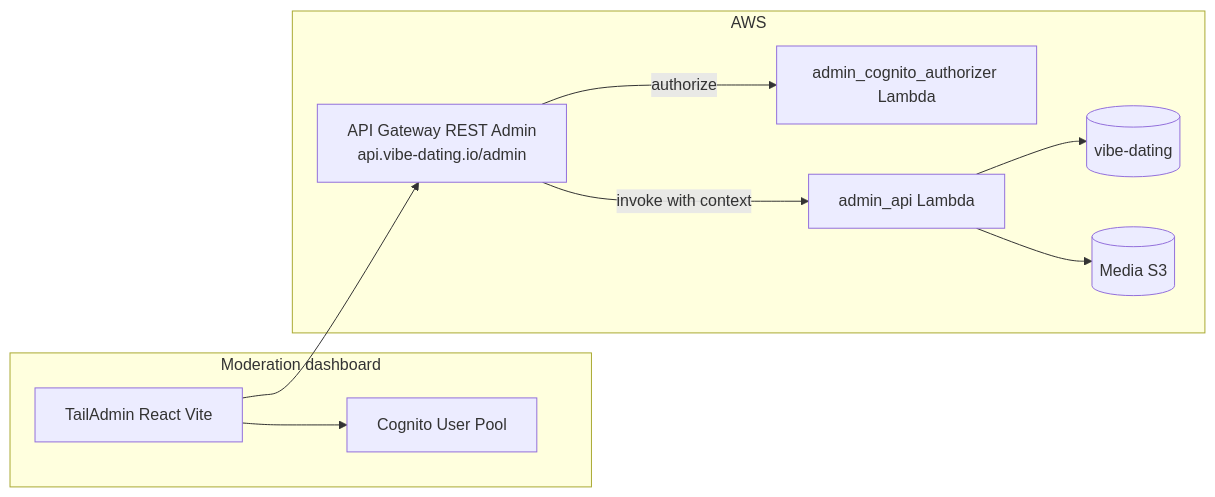
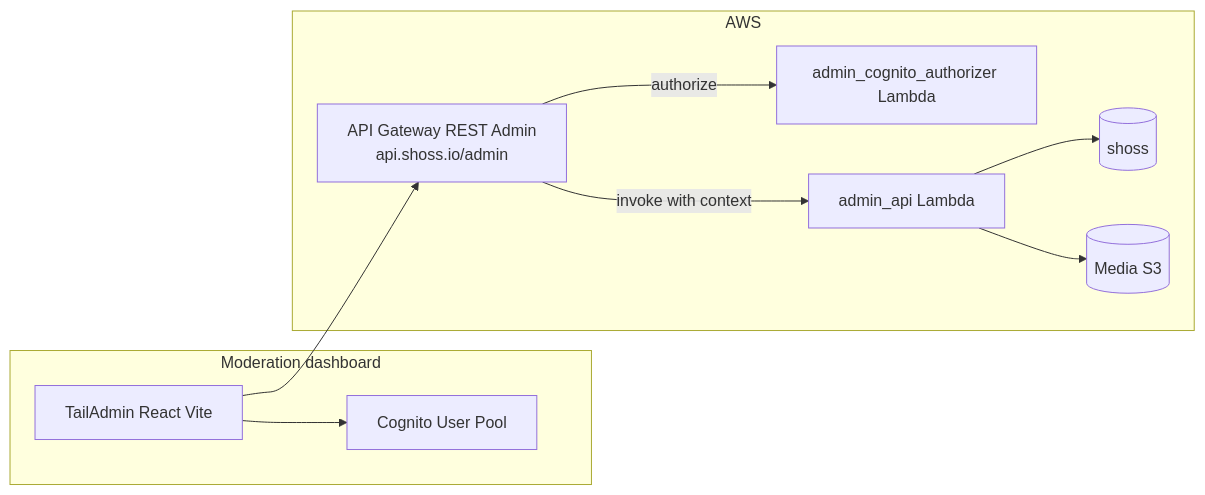
One commit to shlomosh/vibe-dating-devenv changed the diagram in docs/architecture/moderation-dashboard.md. Above: the diagram before and after it, drawn with Mermaid. The commit also changed other lines of this file and 30 other files, not shown here.

````diff
--- a/docs/architecture/moderation-dashboard.md
+++ b/docs/architecture/moderation-dashboard.md
@@ -48,20 +48,20 @@
 ```mermaid
 flowchart LR
   subgraph dash [Moderation dashboard]
     UI[TailAdmin React Vite]
     COG[Cognito User Pool]
   end
   subgraph aws [AWS]
-    APIG[API Gateway REST Admin\napi.vibe-dating.io/admin]
+    APIG[API Gateway REST Admin\napi.shoss.io/admin]
     AUTH[admin_cognito_authorizer Lambda]
     API[admin_api Lambda]
-    DDB[(vibe-dating)]
+    DDB[(shoss)]
     S3[(Media S3)]
   end
   UI --> COG
   UI --> APIG
   APIG -- authorize --> AUTH
   APIG -- invoke with context --> API
   API --> DDB
   API --> S3
 ```
````
